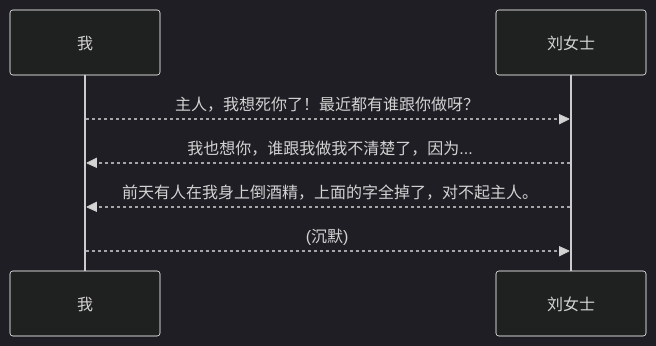
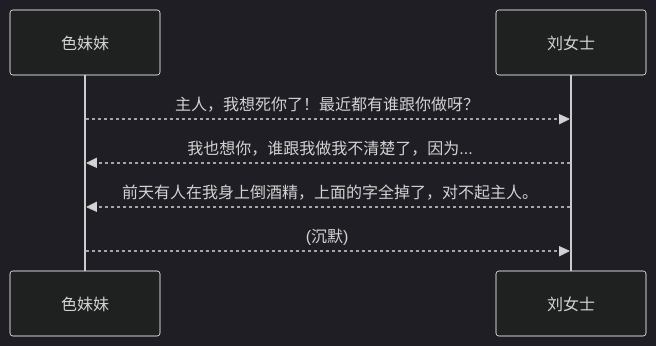
The sixth of 27 diagrams in content/posts/the-comments-system.md (sb-child/sb-child), drawn with Mermaid (dark theme) before and after one commit. The commit also changed other lines of this file, not shown here.

````diff
--- a/content/posts/the-comments-system.md
+++ b/content/posts/the-comments-system.md
@@ -218,7 +218,7 @@
 ```mermaid
 sequenceDiagram
-    我-->>刘女士: 主人，我想死你了！最近都有谁跟你做呀？
-    刘女士-->>我: 我也想你，谁跟我做我不清楚了，因为...
-    刘女士-->>我: 前天有人在我身上倒酒精，上面的字全掉了，对不起主人。
-    我-->>刘女士: (沉默)
+    色妹妹-->>刘女士: 主人，我想死你了！最近都有谁跟你做呀？
+    刘女士-->>色妹妹: 我也想你，谁跟我做我不清楚了，因为...
+    刘女士-->>色妹妹: 前天有人在我身上倒酒精，上面的字全掉了，对不起主人。
+    色妹妹-->>刘女士: (沉默)
 ```
````
